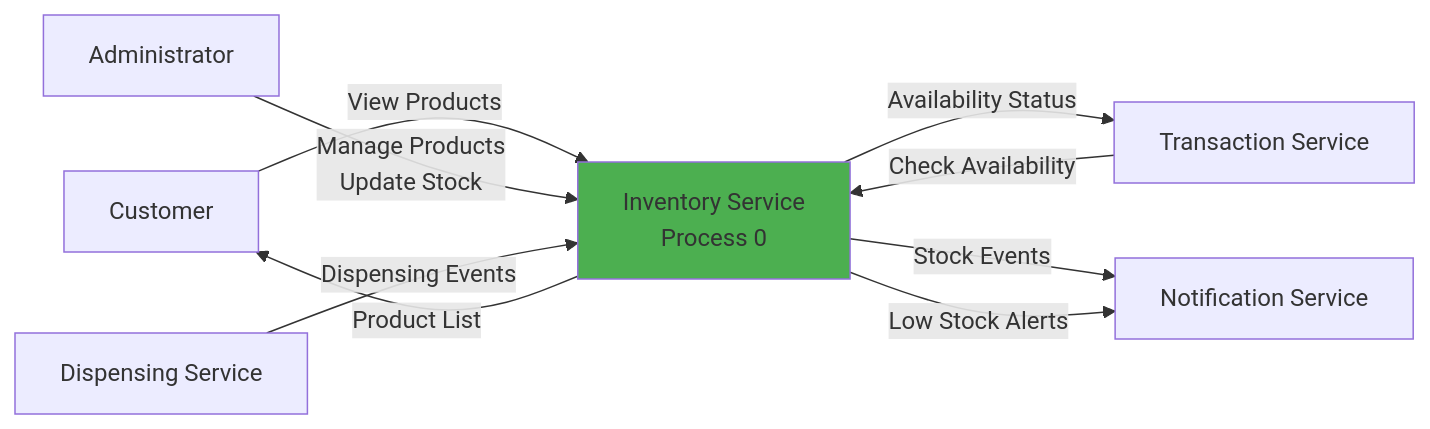
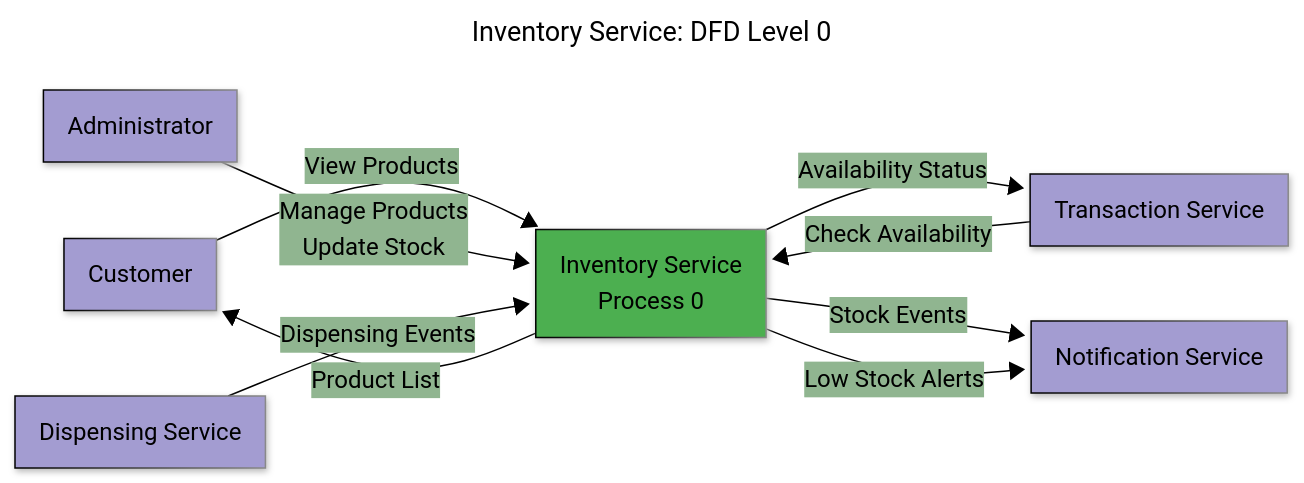
Before and after one commit to BrunoGil-AS/Vending-Machine-Microservices: the third of 9 diagrams in Documentation/diagrams/inventory-service.md, drawn with Mermaid. The commit also changed other lines of this file and 7 other files, not shown here.

Commit message:
docs: Update service diagrams with new configurations and titles

````diff
--- a/Documentation/diagrams/inventory-service.md
+++ b/Documentation/diagrams/inventory-service.md
@@ -142,22 +170,36 @@
 ```mermaid
+---
+config:
+  theme: base
+  themeVariables:
+    primaryColor: '#a39cd1ff'
+    primaryTextColor: '#000000'
+    secondaryTextColor: '#ffffffff'
+    primaryBorderColor: '#000000'
+    lineColor: '#000000ff'
+    secondaryColor: '#90b590ff'
+    tertiaryColor: '#f9f6a1ff'
+  look: neo
+title: 'Inventory Service: DFD Level 0'
+---
 graph LR
     CUSTOMER[Customer]
     ADMIN[Administrator]
     TRANSACTION_SVC[Transaction Service]
     DISPENSING_SVC[Dispensing Service]
     NOTIFICATION_SVC[Notification Service]
 
     INVENTORY[Inventory Service<br/>Process 0]
 
     CUSTOMER -->|View Products| INVENTORY
     ADMIN -->|Manage Products<br/>Update Stock| INVENTORY
     TRANSACTION_SVC -->|Check Availability| INVENTORY
     DISPENSING_SVC -->|Dispensing Events| INVENTORY
 
     INVENTORY -->|Product List| CUSTOMER
     INVENTORY -->|Availability Status| TRANSACTION_SVC
     INVENTORY -->|Stock Events| NOTIFICATION_SVC
     INVENTORY -->|Low Stock Alerts| NOTIFICATION_SVC
 
     style INVENTORY fill:#4caf50
 ```
````
